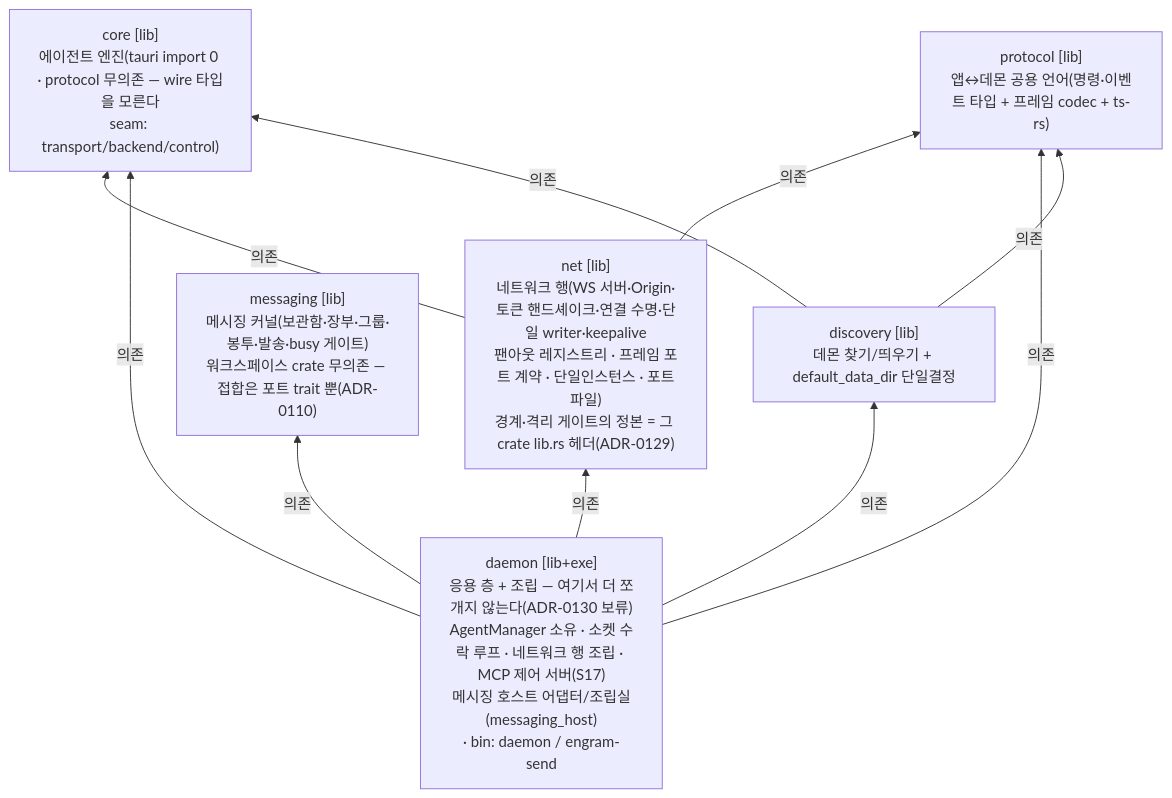
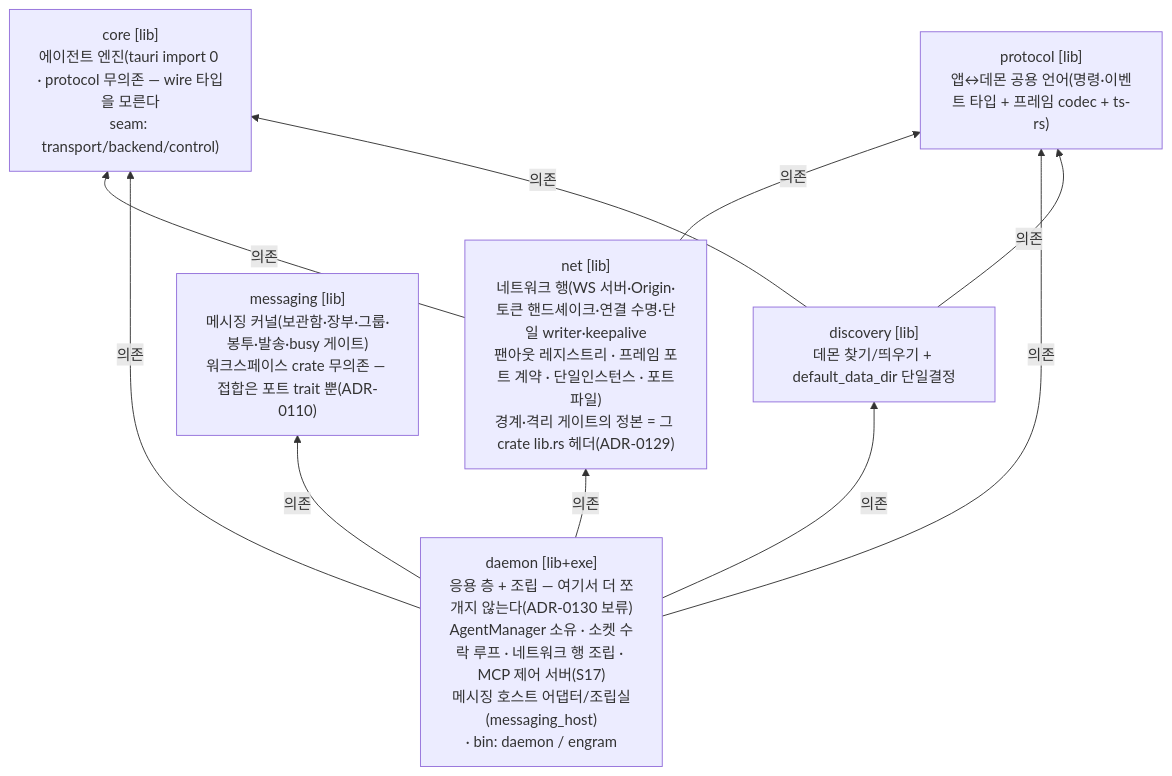
The third of 20 diagrams in docs/reference/architecture-overview.md (kimsunzun/engram-dashboard), drawn with Mermaid before and after one commit. The commit also changed other lines of this file and 27 other files, not shown here.

````diff
--- a/docs/reference/architecture-overview.md
+++ b/docs/reference/architecture-overview.md
@@ -157,19 +157,19 @@
 ```mermaid
 flowchart BT
   protocol["protocol [lib]<br/>앱↔데몬 공용 언어(명령·이벤트 타입 + 프레임 codec + ts-rs)"]
   core["core [lib]<br/>에이전트 엔진(tauri import 0 · protocol 무의존 — wire 타입을 모른다<br/>seam: transport/backend/control)"]
   discovery["discovery [lib]<br/>데몬 찾기/띄우기 + default_data_dir 단일결정"]
   messaging["messaging [lib]<br/>메시징 커널(보관함·장부·그룹·봉투·발송·busy 게이트)<br/>워크스페이스 crate 무의존 — 접합은 포트 trait 뿐(ADR-0110)"]
   net["net [lib]<br/>네트워크 행(WS 서버·Origin·토큰 핸드셰이크·연결 수명·단일 writer·keepalive<br/>팬아웃 레지스트리 · 프레임 포트 계약 · 단일인스턴스 · 포트파일)<br/>경계·격리 게이트의 정본 = 그 crate lib.rs 헤더(ADR-0129)"]
-  daemon["daemon [lib+exe]<br/>응용 층 + 조립 — 여기서 더 쪼개지 않는다(ADR-0130 보류)<br/>AgentManager 소유 · 소켓 수락 루프 · 네트워크 행 조립 · MCP 제어 서버(S17)<br/>메시징 호스트 어댑터/조립실(messaging_host)<br/>· bin: daemon / engram-send"]
+  daemon["daemon [lib+exe]<br/>응용 층 + 조립 — 여기서 더 쪼개지 않는다(ADR-0130 보류)<br/>AgentManager 소유 · 소켓 수락 루프 · 네트워크 행 조립 · MCP 제어 서버(S17)<br/>메시징 호스트 어댑터/조립실(messaging_host)<br/>· bin: daemon / engram"]
 
   net -->|"의존"| protocol
   net -->|"의존"| core
   daemon -->|"의존"| core
   daemon -->|"의존"| protocol
   daemon -->|"의존"| net
   discovery -->|"의존"| protocol
   discovery -->|"의존"| core
   daemon -->|"의존"| discovery
   daemon -->|"의존"| messaging
 ```
````
